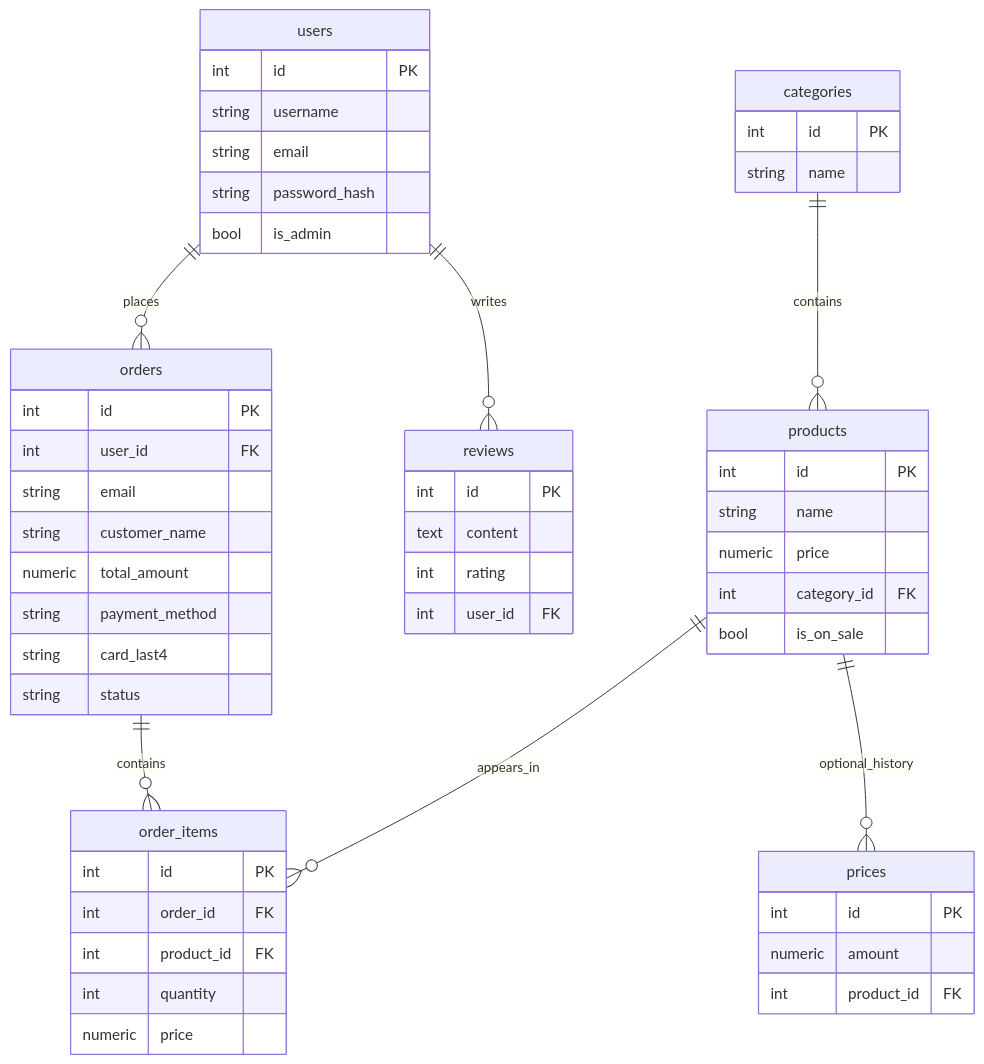
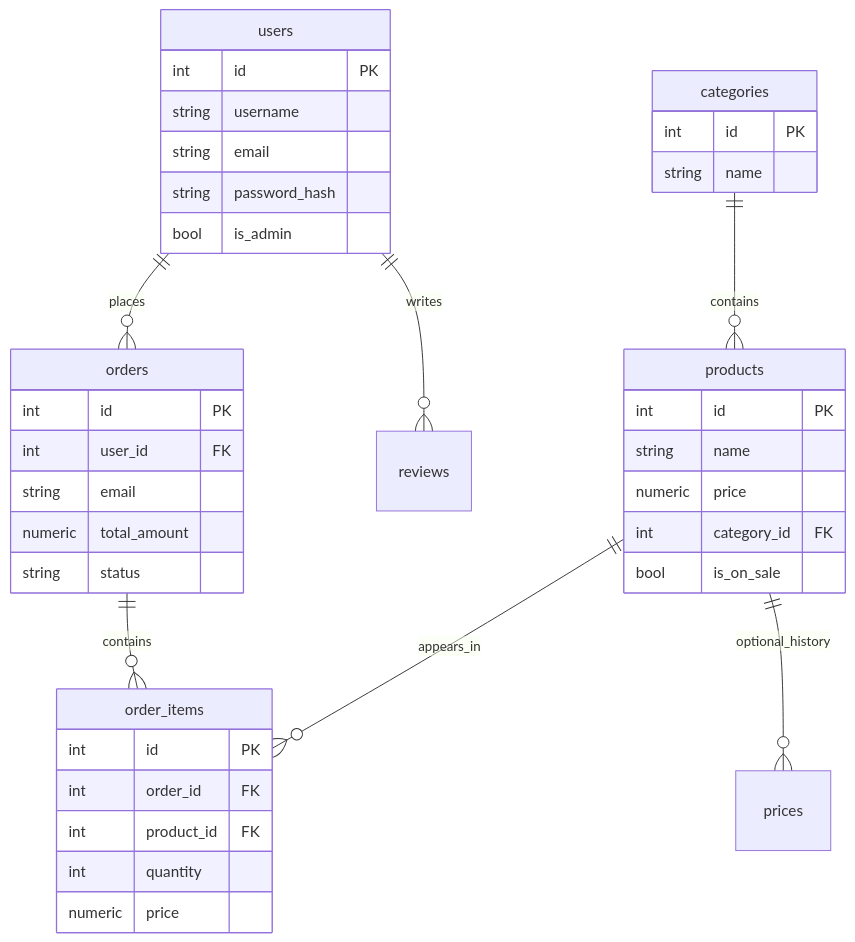
Before and after one commit to Issercio/Demo-day: the second of 3 diagrams in README.md, drawn with Mermaid. The commit also changed other lines of this file, not shown here.

First line of the commit message:
Rewrite README for Demo Day: user stories, team, and recent fixes.

````diff
--- a/README.md
+++ b/README.md
@@ -107,56 +182,42 @@
 ```mermaid
 erDiagram
   users ||--o{ orders : places
   users ||--o{ reviews : writes
   categories ||--o{ products : contains
   products ||--o{ order_items : appears_in
   orders ||--o{ order_items : contains
   products ||--o{ prices : optional_history
 
   users {
     int id PK
     string username
     string email
     string password_hash
     bool is_admin
   }
   categories {
     int id PK
     string name
   }
   products {
     int id PK
     string name
     numeric price
     int category_id FK
     bool is_on_sale
   }
   orders {
     int id PK
     int user_id FK
     string email
-    string customer_name
     numeric total_amount
-    string payment_method
-    string card_last4
     string status
   }
   order_items {
     int id PK
     int order_id FK
     int product_id FK
     int quantity
     numeric price
   }
-  reviews {
-    int id PK
-    text content
-    int rating
-    int user_id FK
-  }
-  prices {
-    int id PK
-    numeric amount
-    int product_id FK
-  }
 ```
````
